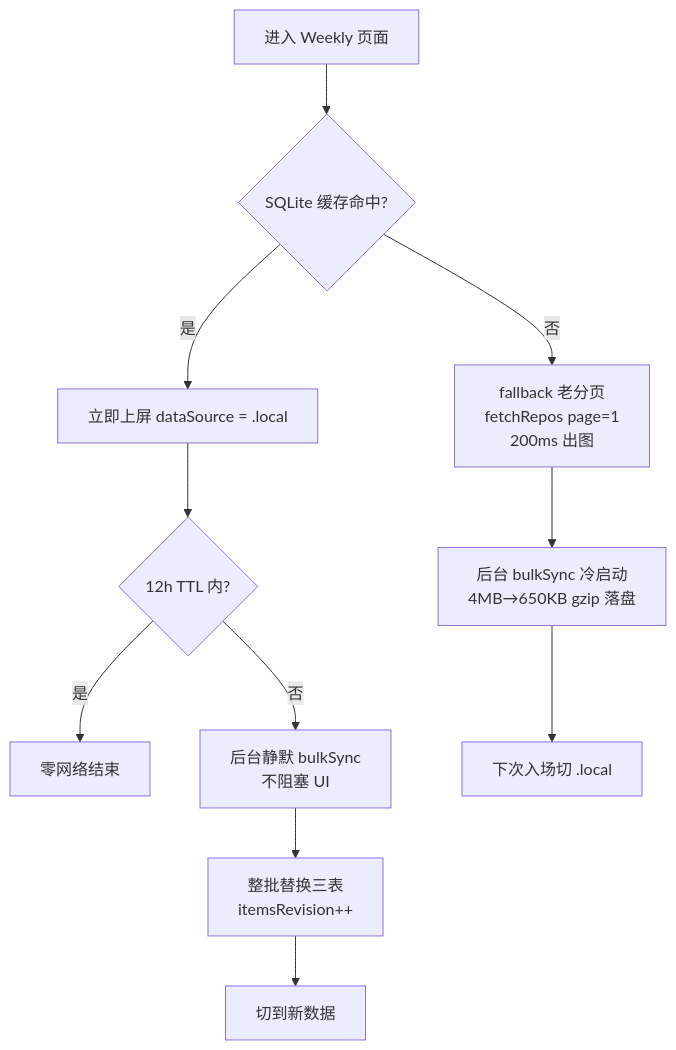
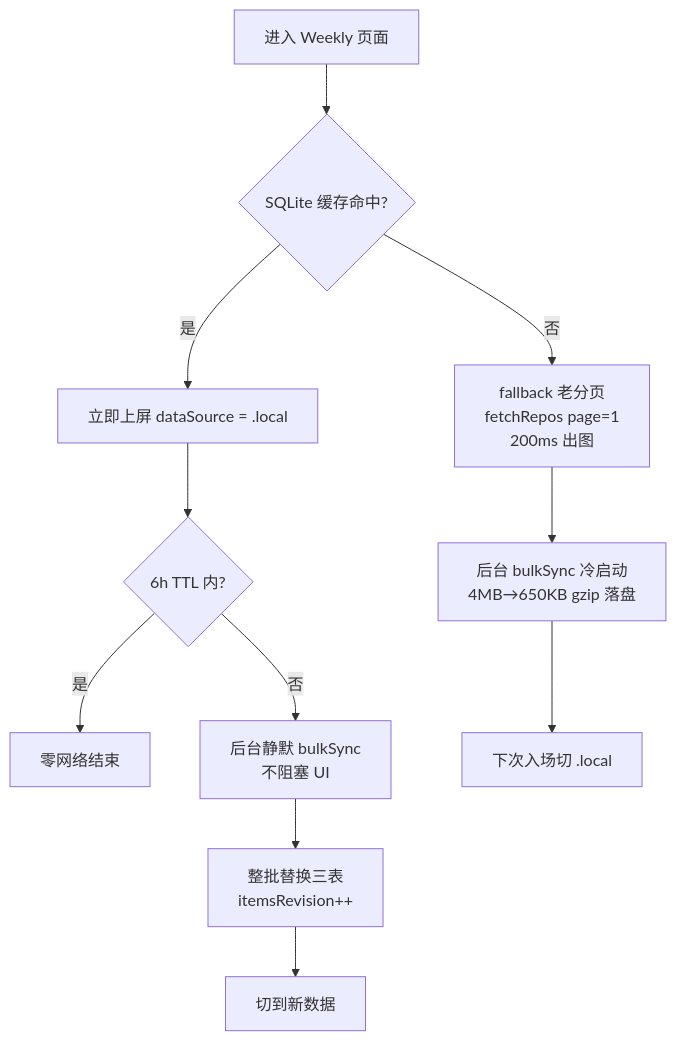
One commit to starcat-app/Starcat changed the fourth of 4 diagrams in docs/3-设计/详细设计/31-Trending-Weekly缓存改造.md. Above: the diagram before and after it, drawn with Mermaid. The commit also changed other lines of this file and 30 other files, not shown here.

````diff
--- a/docs/3-设计/详细设计/31-Trending-Weekly缓存改造.md
+++ b/docs/3-设计/详细设计/31-Trending-Weekly缓存改造.md
@@ -184,14 +184,14 @@
 ```mermaid
 flowchart TD
     Start[进入 Weekly 页面] --> Q1{SQLite 缓存命中?}
     Q1 -- "是" --> Apply[立即上屏 dataSource = .local]
-    Apply --> Q2{12h TTL 内?}
+    Apply --> Q2{6h TTL 内?}
     Q2 -- "是" --> End1[零网络结束]
     Q2 -- "否" --> BgSync[后台静默 bulkSync<br/>不阻塞 UI]
     BgSync --> Replace[整批替换三表<br/>itemsRevision++]
     Replace --> End2[切到新数据]
 
     Q1 -- "否" --> Fallback["fallback 老分页<br/>fetchRepos page=1<br/>200ms 出图"]
     Fallback --> BgSyncCold[后台 bulkSync 冷启动<br/>4MB→650KB gzip 落盘]
     BgSyncCold --> Switch[下次入场切 .local]
 ```
````
